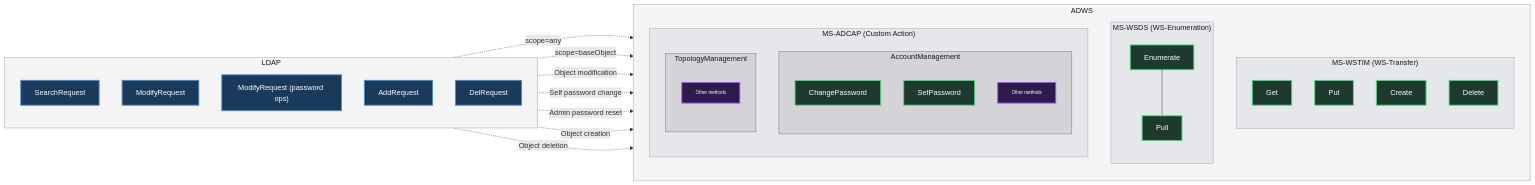
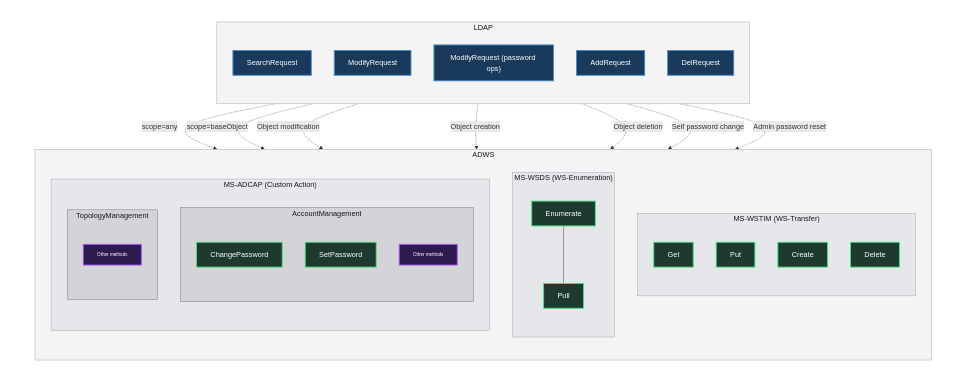
One commit to Macmod/ginpacket-wiki changed the second of 4 diagrams in articles/adws-the-soap-bridge.md. Above: the diagram before and after it, drawn with Mermaid.

````diff
--- a/articles/adws-the-soap-bridge.md
+++ b/articles/adws-the-soap-bridge.md
@@ -345,63 +345,66 @@
 ```mermaid
 flowchart LR
+  subgraph Wrapper[" "]
   subgraph LDAP["LDAP"]
     direction TB
     L4a["SearchRequest"]
     L4b_gen["ModifyRequest"]
     L4b_pwd["ModifyRequest (password ops)"]
     L4c["AddRequest"]
     L4d["DelRequest"]
   end
   subgraph ADWS["ADWS"]
     direction TB
     subgraph WSTransfer["MS-WSTIM (WS-Transfer)"]
       direction TB
       A4a2["Get"]
       A4b["Put"]
       A4c["Create"]
       A4d["Delete"]
     end
     subgraph WSEnum["MS-WSDS (WS-Enumeration)"]
       direction TB
       A4a["Enumerate"]
       A4e["Pull"]
       A4a --- A4e
     end
     subgraph ADCAP["MS-ADCAP (Custom Action)"]
       direction TB
       subgraph AcctMgmt["AccountManagement"]
         direction TB
         A4f["ChangePassword"]
         A4g["SetPassword"]
         A4n["Other methods"]
       end
       subgraph TopoMgmt["TopologyManagement"]
         direction TB
         A4h["Other methods"]
       end
     end
   end
+  end
 
   L4a -.->|scope=any| A4a
   L4a -.->|scope=baseObject| A4a2
   L4b_gen -.->|Object modification| A4b
   L4b_pwd -.->|Self password change| A4f
   L4b_pwd -.->|Admin password reset| A4g
   L4c -.->|Object creation| A4c
   L4d -.->|Object deletion| A4d
 
   classDef ldap fill:#1a3a5c,stroke:#4a8bc2,stroke-width:2px,color:#fff
   classDef adws fill:#1e3a2e,stroke:#4ade80,stroke-width:2px,color:#fff
   classDef other fill:#2d1b4e,stroke:#a855f7,stroke-width:2px,color:#fff,font-size:10px
   class L4a,L4b_gen,L4b_pwd,L4c,L4d ldap
   class A4a,A4e,A4a2,A4b,A4c,A4d,A4f,A4g adws
   class A4n,A4h other
 
+  style Wrapper fill:#ffffff,stroke:#ffffff
   style LDAP fill:#f4f4f5,stroke:#a1a1aa,color:#18181b
   style ADWS fill:#f4f4f5,stroke:#a1a1aa,color:#18181b
   style WSTransfer fill:#e5e7eb,stroke:#9ca3af,color:#18181b
   style WSEnum fill:#e5e7eb,stroke:#9ca3af,color:#18181b
   style ADCAP fill:#e5e7eb,stroke:#9ca3af,color:#18181b
   style AcctMgmt fill:#d4d4d8,stroke:#71717a,color:#18181b
   style TopoMgmt fill:#d4d4d8,stroke:#71717a,color:#18181b
 ```
````
